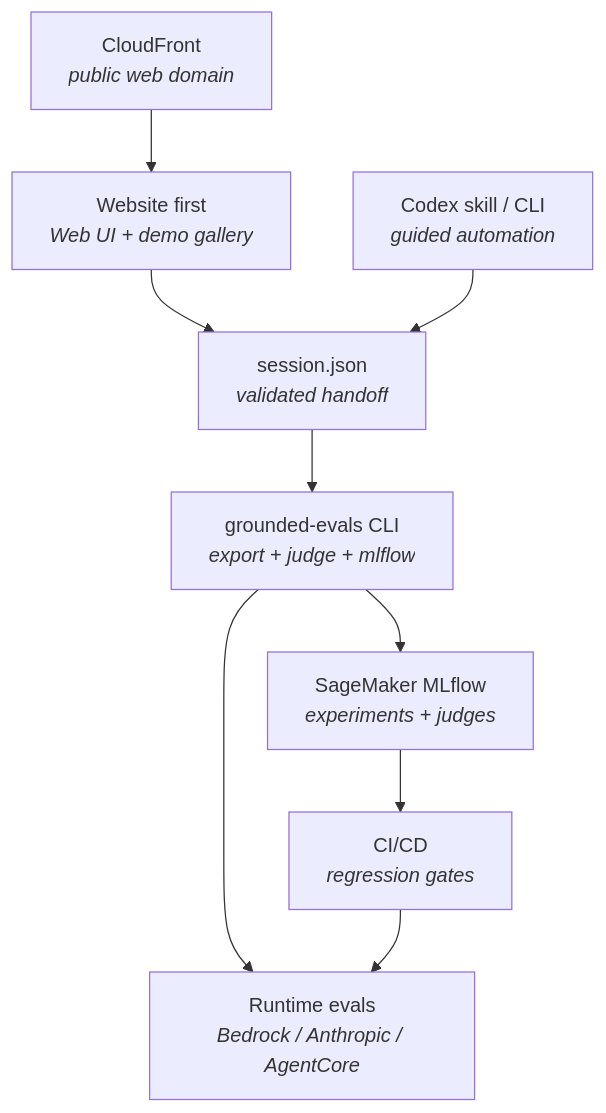
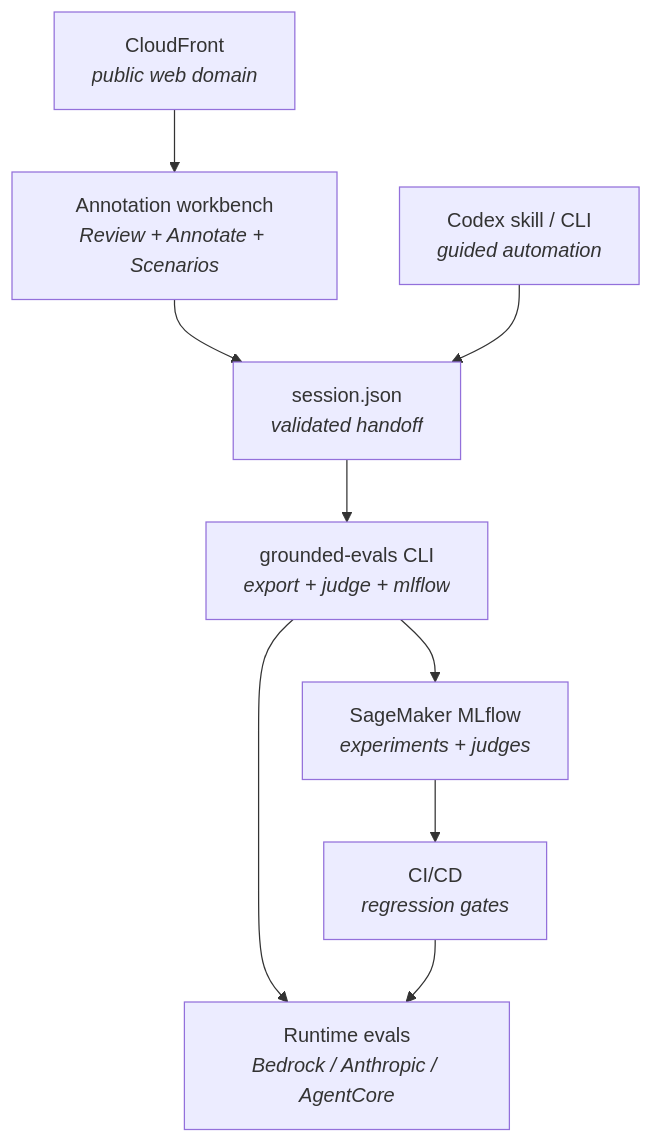
Before and after one commit to aws-samples/sample-GEDD: the third of 3 diagrams in README.md, drawn with Mermaid. The commit also changed other lines of this file, not shown here.

Commit message:
docs: align README with annotation workbench redesign

````diff
--- a/README.md
+++ b/README.md
@@ -344,20 +362,20 @@
 ```mermaid
 flowchart TD
-    WEB["Website first<br/><i>Web UI + demo gallery</i>"]
+    WEB["Annotation workbench<br/><i>Review + Annotate + Scenarios</i>"]
     ASSIST["Codex skill / CLI<br/><i>guided automation</i>"]
     SJ["session.json<br/><i>validated handoff</i>"]
     CLI["grounded-evals CLI<br/><i>export + judge + mlflow</i>"]
     CF["CloudFront<br/><i>public web domain</i>"]
     RT["Runtime evals<br/><i>Bedrock / Anthropic / AgentCore</i>"]
     SM["SageMaker MLflow<br/><i>experiments + judges</i>"]
     CICD["CI/CD<br/><i>regression gates</i>"]
 
     CF --> WEB
     WEB --> SJ
     ASSIST --> SJ
     SJ --> CLI
     CLI --> RT
     CLI --> SM
     SM --> CICD
     CICD --> RT
 ```
````
